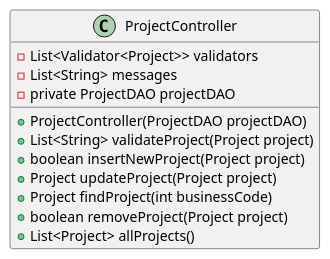
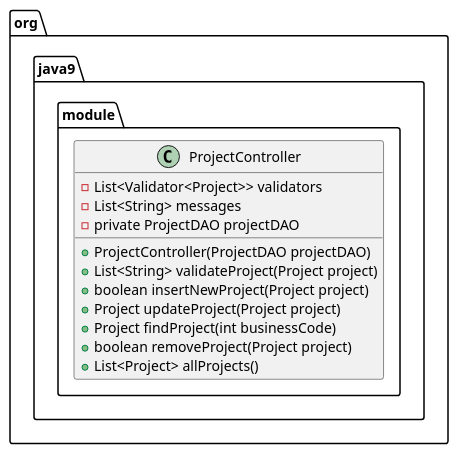
Before and after one commit to ortolanph/VarCompatibilityTest: the diagram in my-java9-module/src/main/resources/my-java9-module.puml, drawn with PlantUML. The commit also changed 15 other files, not shown here.

```diff
--- a/my-java9-module/src/main/resources/my-java9-module.puml
+++ b/my-java9-module/src/main/resources/my-java9-module.puml
@@ -1,16 +1,20 @@
 @startuml
 
-class ProjectController {
-    - List<Validator<Project>> validators
-    - List<String> messages
-    - private ProjectDAO projectDAO
-    + ProjectController(ProjectDAO projectDAO)
-    + List<String> validateProject(Project project)
-    + boolean insertNewProject(Project project)
-    + Project updateProject(Project project)
-    + Project findProject(int businessCode)
-    + boolean removeProject(Project project)
-    + List<Project> allProjects()
+package org.java9.module {
+
+    class ProjectController {
+        - List<Validator<Project>> validators
+        - List<String> messages
+        - private ProjectDAO projectDAO
+        + ProjectController(ProjectDAO projectDAO)
+        + List<String> validateProject(Project project)
+        + boolean insertNewProject(Project project)
+        + Project updateProject(Project project)
+        + Project findProject(int businessCode)
+        + boolean removeProject(Project project)
+        + List<Project> allProjects()
+    }
+
 }
 
 @enduml
```
